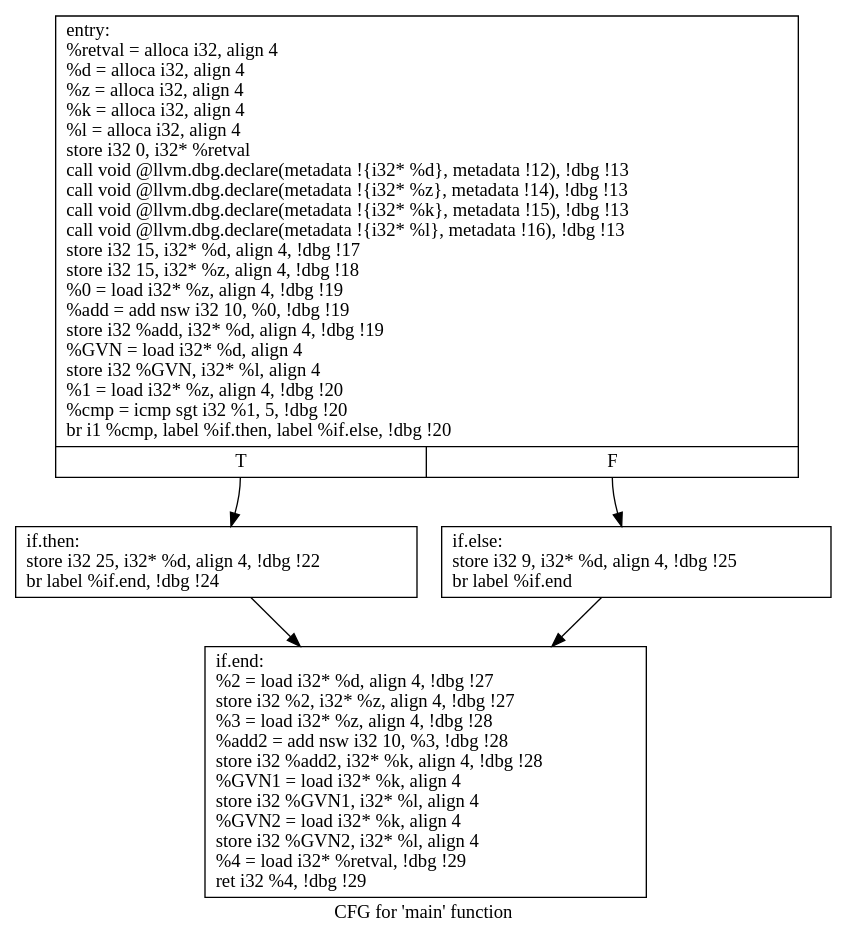
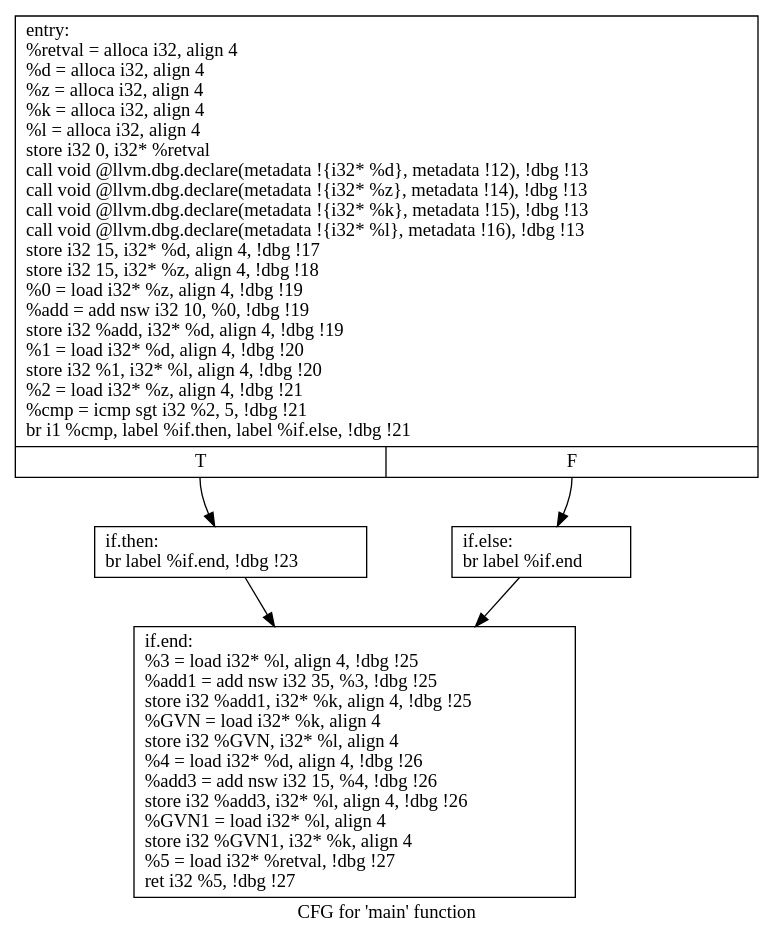
One commit to ddr2108/CS6241-Array_Bounding changed the diagram in Work/Pass/Part 3/Part 3.2/cfg.main.dot. Above: the diagram before and after it, drawn with Graphviz. The commit also changed 1 other file, not shown here.

Commit message:
Crappy GVN is working

```diff
--- a/Work/Pass/Part 3/Part 3.2/cfg.main.dot
+++ b/Work/Pass/Part 3/Part 3.2/cfg.main.dot
@@ -1,12 +1,12 @@
 digraph "CFG for 'main' function" {
 	label="CFG for 'main' function";
 
-	Node0x1ceace0 [shape=record,label="{entry:\l  %retval = alloca i32, align 4\l  %d = alloca i32, align 4\l  %z = alloca i32, align 4\l  %k = alloca i32, align 4\l  %l = alloca i32, align 4\l  store i32 0, i32* %retval\l  call void @llvm.dbg.declare(metadata !\{i32* %d\}, metadata !12), !dbg !13\l  call void @llvm.dbg.declare(metadata !\{i32* %z\}, metadata !14), !dbg !13\l  call void @llvm.dbg.declare(metadata !\{i32* %k\}, metadata !15), !dbg !13\l  call void @llvm.dbg.declare(metadata !\{i32* %l\}, metadata !16), !dbg !13\l  store i32 15, i32* %d, align 4, !dbg !17\l  store i32 15, i32* %z, align 4, !dbg !18\l  %0 = load i32* %z, align 4, !dbg !19\l  %add = add nsw i32 10, %0, !dbg !19\l  store i32 %add, i32* %d, align 4, !dbg !19\l  %GVN = load i32* %d, align 4\l  store i32 %GVN, i32* %l, align 4\l  %1 = load i32* %z, align 4, !dbg !20\l  %cmp = icmp sgt i32 %1, 5, !dbg !20\l  br i1 %cmp, label %if.then, label %if.else, !dbg !20\l|{<s0>T|<s1>F}}"];
-	Node0x1ceace0:s0 -> Node0x1cea160;
-	Node0x1ceace0:s1 -> Node0x1ceb3d0;
-	Node0x1cea160 [shape=record,label="{if.then:                                          \l  store i32 25, i32* %d, align 4, !dbg !22\l  br label %if.end, !dbg !24\l}"];
-	Node0x1cea160 -> Node0x1ce6850;
-	Node0x1ceb3d0 [shape=record,label="{if.else:                                          \l  store i32 9, i32* %d, align 4, !dbg !25\l  br label %if.end\l}"];
-	Node0x1ceb3d0 -> Node0x1ce6850;
-	Node0x1ce6850 [shape=record,label="{if.end:                                           \l  %2 = load i32* %d, align 4, !dbg !27\l  store i32 %2, i32* %z, align 4, !dbg !27\l  %3 = load i32* %z, align 4, !dbg !28\l  %add2 = add nsw i32 10, %3, !dbg !28\l  store i32 %add2, i32* %k, align 4, !dbg !28\l  %GVN1 = load i32* %k, align 4\l  store i32 %GVN1, i32* %l, align 4\l  %GVN2 = load i32* %k, align 4\l  store i32 %GVN2, i32* %l, align 4\l  %4 = load i32* %retval, !dbg !29\l  ret i32 %4, !dbg !29\l}"];
+	Node0x1b1ecd0 [shape=record,label="{entry:\l  %retval = alloca i32, align 4\l  %d = alloca i32, align 4\l  %z = alloca i32, align 4\l  %k = alloca i32, align 4\l  %l = alloca i32, align 4\l  store i32 0, i32* %retval\l  call void @llvm.dbg.declare(metadata !\{i32* %d\}, metadata !12), !dbg !13\l  call void @llvm.dbg.declare(metadata !\{i32* %z\}, metadata !14), !dbg !13\l  call void @llvm.dbg.declare(metadata !\{i32* %k\}, metadata !15), !dbg !13\l  call void @llvm.dbg.declare(metadata !\{i32* %l\}, metadata !16), !dbg !13\l  store i32 15, i32* %d, align 4, !dbg !17\l  store i32 15, i32* %z, align 4, !dbg !18\l  %0 = load i32* %z, align 4, !dbg !19\l  %add = add nsw i32 10, %0, !dbg !19\l  store i32 %add, i32* %d, align 4, !dbg !19\l  %1 = load i32* %d, align 4, !dbg !20\l  store i32 %1, i32* %l, align 4, !dbg !20\l  %2 = load i32* %z, align 4, !dbg !21\l  %cmp = icmp sgt i32 %2, 5, !dbg !21\l  br i1 %cmp, label %if.then, label %if.else, !dbg !21\l|{<s0>T|<s1>F}}"];
+	Node0x1b1ecd0:s0 -> Node0x1b1a630;
+	Node0x1b1ecd0:s1 -> Node0x1b1a690;
+	Node0x1b1a630 [shape=record,label="{if.then:                                          \l  br label %if.end, !dbg !23\l}"];
+	Node0x1b1a630 -> Node0x1b1a6f0;
+	Node0x1b1a690 [shape=record,label="{if.else:                                          \l  br label %if.end\l}"];
+	Node0x1b1a690 -> Node0x1b1a6f0;
+	Node0x1b1a6f0 [shape=record,label="{if.end:                                           \l  %3 = load i32* %l, align 4, !dbg !25\l  %add1 = add nsw i32 35, %3, !dbg !25\l  store i32 %add1, i32* %k, align 4, !dbg !25\l  %GVN = load i32* %k, align 4\l  store i32 %GVN, i32* %l, align 4\l  %4 = load i32* %d, align 4, !dbg !26\l  %add3 = add nsw i32 15, %4, !dbg !26\l  store i32 %add3, i32* %l, align 4, !dbg !26\l  %GVN1 = load i32* %l, align 4\l  store i32 %GVN1, i32* %k, align 4\l  %5 = load i32* %retval, !dbg !27\l  ret i32 %5, !dbg !27\l}"];
 }
```
